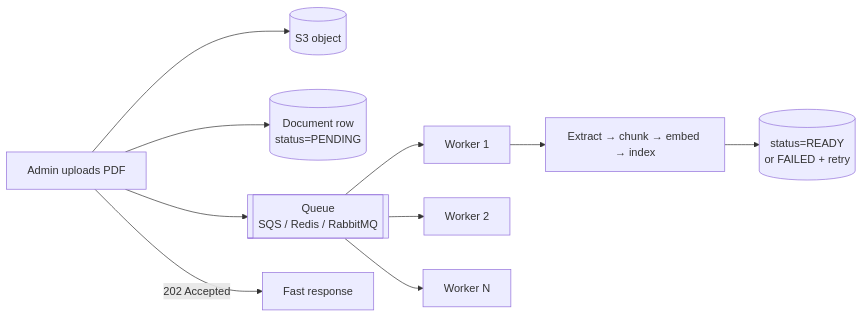
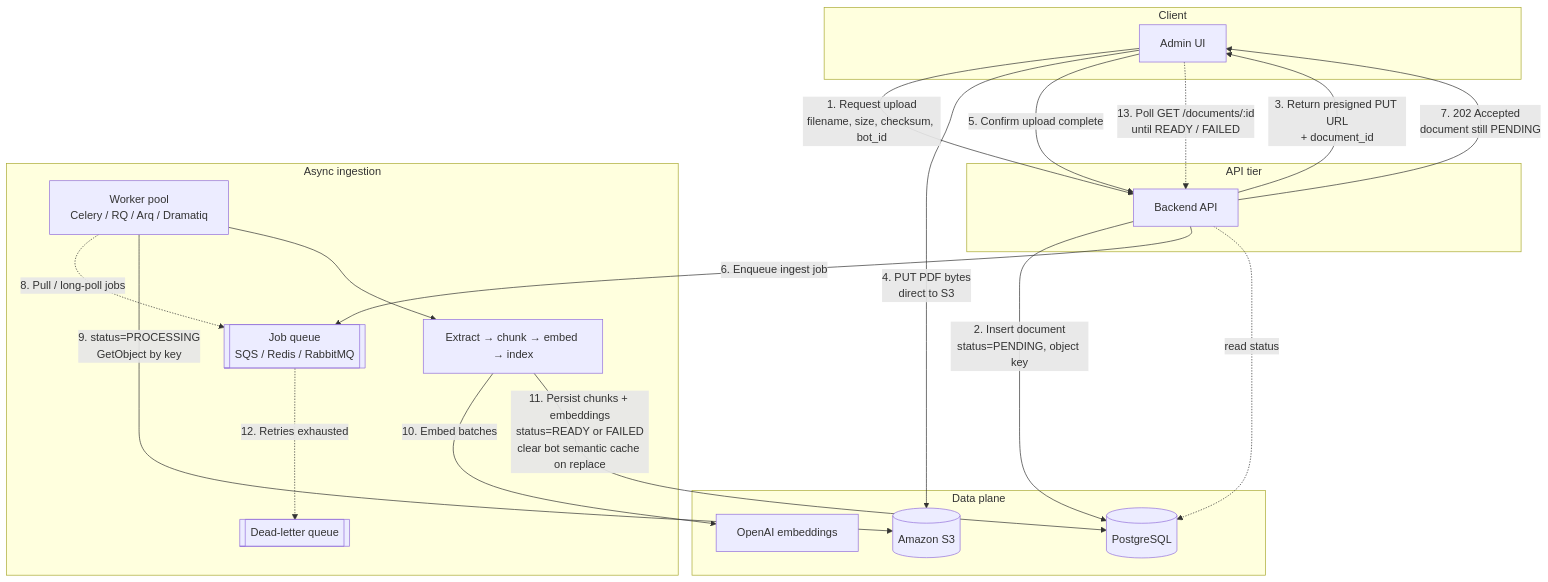
One commit to nikhileshsirohi/ARDEE-RAG-CHATBOT changed the tenth of 10 diagrams in ARCHITECTURE.md. Above: the diagram before and after it, drawn with Mermaid. The commit also changed other lines of this file and 1 other file, not shown here.

````diff
--- a/ARCHITECTURE.md
+++ b/ARCHITECTURE.md
@@ -394,12 +400,39 @@
 ```mermaid
-flowchart LR
-    A[Admin uploads PDF] --> S3[(S3 object)]
-    A --> DB[(Document row<br/>status=PENDING)]
-    A --> Q[[Queue<br/>SQS / Redis / RabbitMQ]]
-    A -->|202 Accepted| A2[Fast response]
-    Q --> W1[Worker 1]
-    Q --> W2[Worker 2]
-    Q --> Wn[Worker N]
-    W1 --> P[Extract → chunk → embed → index]
-    P --> DB2[(status=READY<br/>or FAILED + retry)]
+flowchart TB
+    subgraph Client["Client"]
+        UI[Admin UI]
+    end
+
+    subgraph API["API tier"]
+        BE[Backend API]
+    end
+
+    subgraph Data["Data plane"]
+        PG[(PostgreSQL)]
+        S3[(Amazon S3)]
+        OA[OpenAI embeddings]
+    end
+
+    subgraph Async["Async ingestion"]
+        Q[[Job queue<br/>SQS / Redis / RabbitMQ]]
+        W[Worker pool<br/>Celery / RQ / Arq / Dramatiq]
+        P[Extract → chunk → embed → index]
+        DLQ[[Dead-letter queue]]
+    end
+
+    UI -->|1. Request upload<br/>filename, size, checksum, bot_id| BE
+    BE -->|2. Insert document<br/>status=PENDING, object key| PG
+    BE -->|3. Return presigned PUT URL<br/>+ document_id| UI
+    UI -->|4. PUT PDF bytes<br/>direct to S3| S3
+    UI -->|5. Confirm upload complete| BE
+    BE -->|6. Enqueue ingest job| Q
+    BE -->|7. 202 Accepted<br/>document still PENDING| UI
+    W -.->|8. Pull / long-poll jobs| Q
+    W -->|9. status=PROCESSING<br/>GetObject by key| S3
+    W --> P
+    P -->|10. Embed batches| OA
+    P -->|11. Persist chunks + embeddings<br/>status=READY or FAILED<br/>clear bot semantic cache on replace| PG
+    Q -.->|12. Retries exhausted| DLQ
+    UI -.->|13. Poll GET /documents/:id<br/>until READY / FAILED| BE
+    BE -.->|read status| PG
 ```
````
